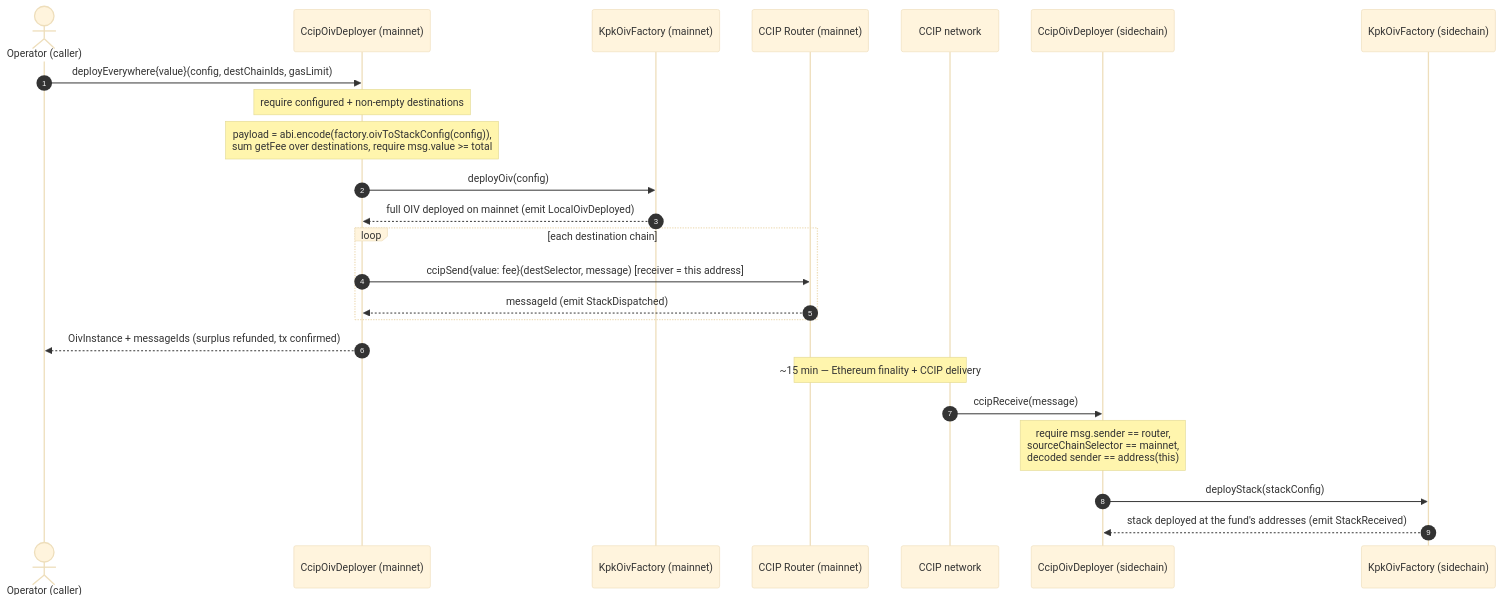
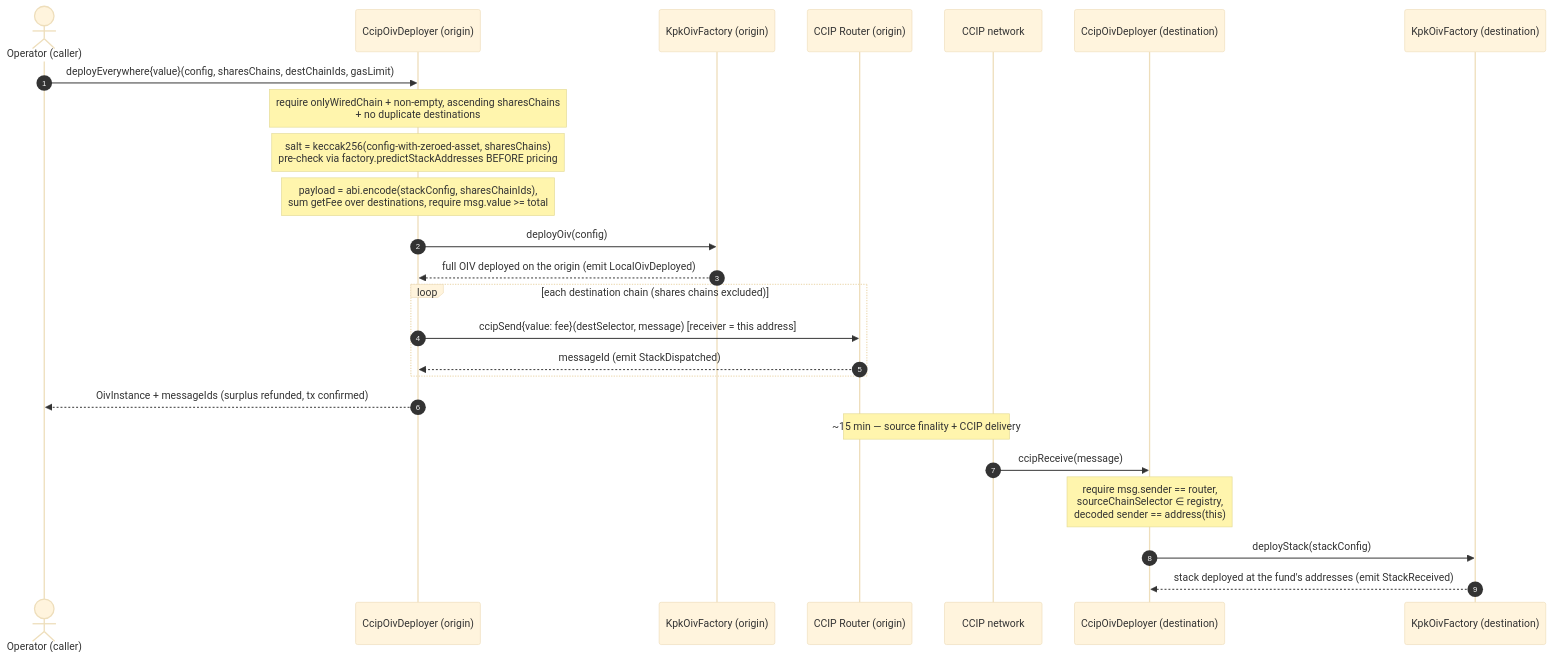
One commit to karpatkey/onchain-investment-vehicles changed the second of 3 diagrams in docs/CCIP_FUND_DEPLOYMENT_FLOW.md. Above: the diagram before and after it, drawn with Mermaid (base theme). The commit also changed other lines of this file and 12 other files, not shown here.

````diff
--- a/docs/CCIP_FUND_DEPLOYMENT_FLOW.md
+++ b/docs/CCIP_FUND_DEPLOYMENT_FLOW.md
@@ -36,28 +53,29 @@
 ```mermaid
 sequenceDiagram
     autonumber
     actor Op as Operator (caller)
-    participant O as CcipOivDeployer (mainnet)
-    participant F as KpkOivFactory (mainnet)
-    participant R as CCIP Router (mainnet)
+    participant O as CcipOivDeployer (origin)
+    participant F as KpkOivFactory (origin)
+    participant R as CCIP Router (origin)
     participant N as CCIP network
-    participant O2 as CcipOivDeployer (sidechain)
-    participant F2 as KpkOivFactory (sidechain)
+    participant O2 as CcipOivDeployer (destination)
+    participant F2 as KpkOivFactory (destination)
 
-    Op->>O: deployEverywhere{value}(config, destChainIds, gasLimit)
-    Note over O: require configured + non-empty destinations
-    Note over O: payload = abi.encode(factory.oivToStackConfig(config)),<br/>sum getFee over destinations, require msg.value >= total
+    Op->>O: deployEverywhere{value}(config, sharesChains, destChainIds, gasLimit)
+    Note over O: require onlyWiredChain + non-empty, ascending sharesChains<br/>+ no duplicate destinations
+    Note over O: salt = keccak256(config-with-zeroed-asset, sharesChains)<br/>pre-check via factory.predictStackAddresses BEFORE pricing
+    Note over O: payload = abi.encode(stackConfig, sharesChainIds),<br/>sum getFee over destinations, require msg.value >= total
     O->>F: deployOiv(config)
-    F-->>O: full OIV deployed on mainnet (emit LocalOivDeployed)
-    loop each destination chain
+    F-->>O: full OIV deployed on the origin (emit LocalOivDeployed)
+    loop each destination chain (shares chains excluded)
         O->>R: ccipSend{value: fee}(destSelector, message) [receiver = this address]
         R-->>O: messageId (emit StackDispatched)
     end
     O-->>Op: OivInstance + messageIds (surplus refunded, tx confirmed)
 
-    Note over R,N: ~15 min — Ethereum finality + CCIP delivery
+    Note over R,N: ~15 min — source finality + CCIP delivery
     N->>O2: ccipReceive(message)
-    Note over O2: require msg.sender == router,<br/>sourceChainSelector == mainnet,<br/>decoded sender == address(this)
+    Note over O2: require msg.sender == router,<br/>sourceChainSelector ∈ registry,<br/>decoded sender == address(this)
     O2->>F2: deployStack(stackConfig)
     F2-->>O2: stack deployed at the fund's addresses (emit StackReceived)
 ```
````
